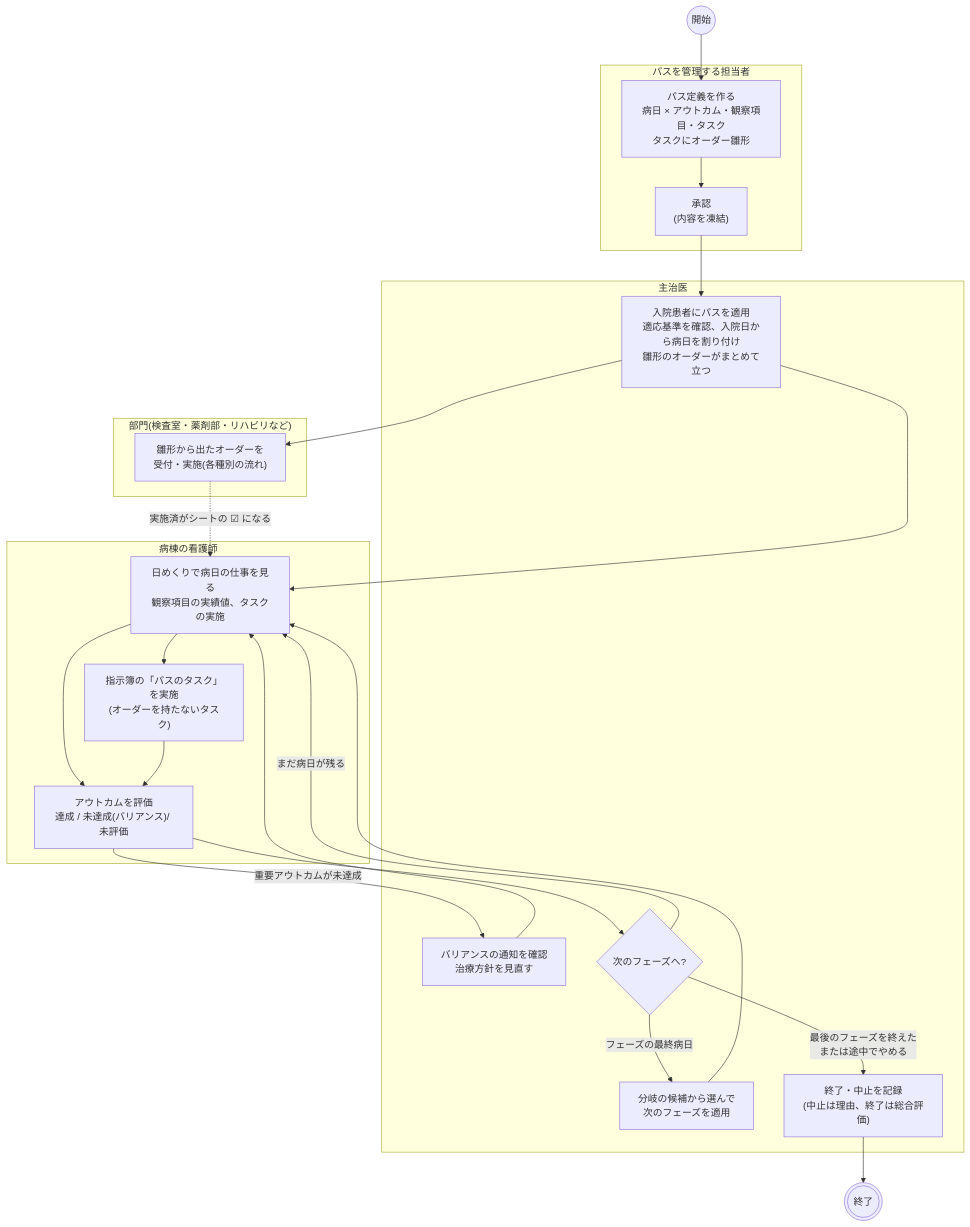
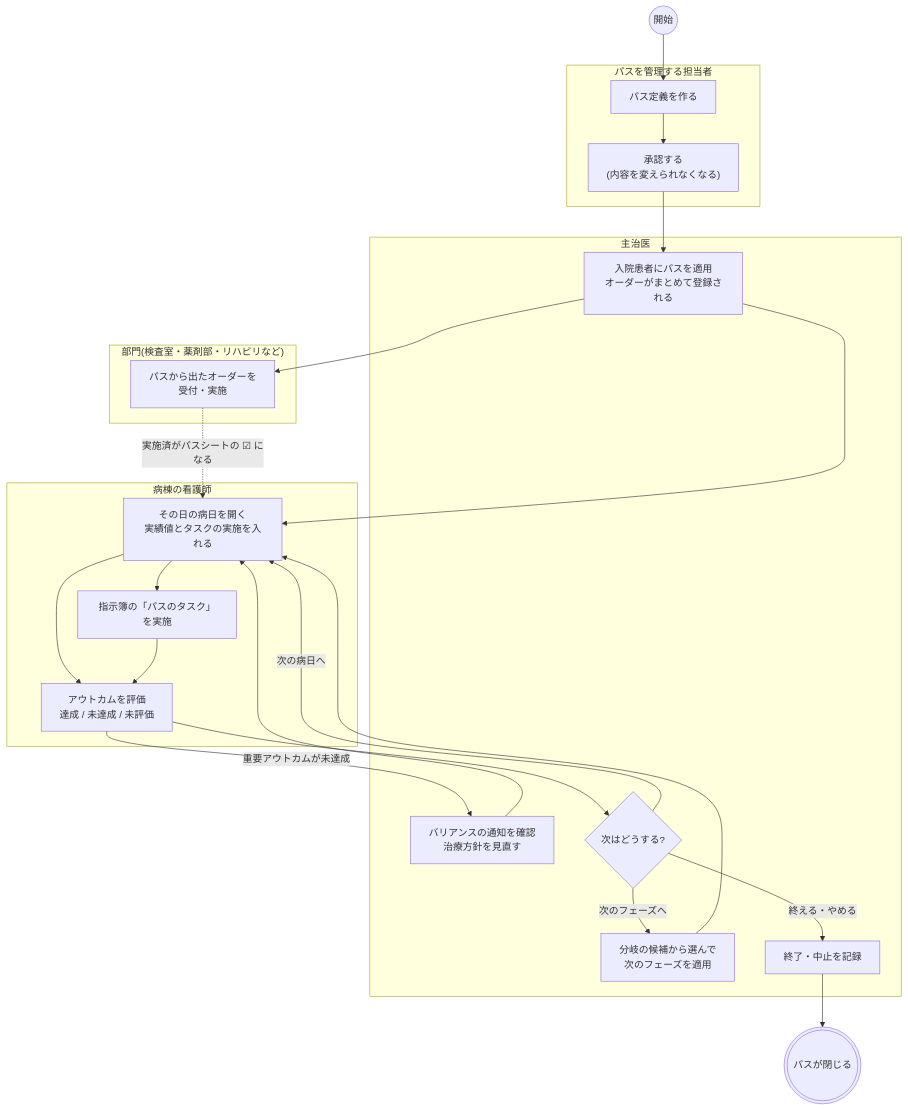
Before and after one commit to ysnr-dev/fhir-client-docs: the first of 7 diagrams in docs/flows/clinical-pathway.md, drawn with Mermaid. The commit also changed other lines of this file and 43 other files, not shown here.

Commit message:
docs: 業務フローとシーケンス図を写し直し

````diff
--- a/docs/flows/clinical-pathway.md
+++ b/docs/flows/clinical-pathway.md
@@ -55,38 +14,38 @@
 ```mermaid
 flowchart TD
   start(("開始"))
-  finish((("終了")))
+  finish((("パスが閉じる")))
 
   subgraph committee["パスを管理する担当者"]
-    draft["パス定義を作る<br/>病日 × アウトカム・観察項目・タスク<br/>タスクにオーダー雛形"]
-    approve["承認<br/>(内容を凍結)"]
+    draft["パス定義を作る"]
+    approve["承認する<br/>(内容を変えられなくなる)"]
   end
 
   subgraph doctor["主治医"]
-    apply["入院患者にパスを適用<br/>適応基準を確認、入院日から病日を割り付け<br/>雛形のオーダーがまとめて立つ"]
+    apply["入院患者にパスを適用<br/>オーダーがまとめて登録される"]
     variance["バリアンスの通知を確認<br/>治療方針を見直す"]
-    nextPhase{"次のフェーズへ?"}
+    nextPhase{"次はどうする?"}
     phase["分岐の候補から選んで<br/>次のフェーズを適用"]
-    close["終了・中止を記録<br/>(中止は理由、終了は総合評価)"]
+    close["終了・中止を記録"]
   end
 
   subgraph ward["病棟の看護師"]
-    daily["日めくりで病日の仕事を見る<br/>観察項目の実績値、タスクの実施"]
-    evaluate["アウトカムを評価<br/>達成 / 未達成(バリアンス)/ 未評価"]
-    tasks["指示簿の「パスのタスク」を実施<br/>(オーダーを持たないタスク)"]
+    daily["その日の病日を開く<br/>実績値とタスクの実施を入れる"]
+    tasks["指示簿の「パスのタスク」を実施"]
+    evaluate["アウトカムを評価<br/>達成 / 未達成 / 未評価"]
   end
 
   subgraph dept["部門(検査室・薬剤部・リハビリなど)"]
-    perform["雛形から出たオーダーを<br/>受付・実施(各種別の流れ)"]
+    perform["パスから出たオーダーを<br/>受付・実施"]
   end
 
   start --> draft --> approve --> apply
   apply --> daily --> evaluate
-  apply --> perform -. "実施済がシートの ☑ になる" .-> daily
+  apply --> perform -. "実施済がパスシートの ☑ になる" .-> daily
   daily --> tasks --> evaluate
   evaluate -- "重要アウトカムが未達成" --> variance --> daily
   evaluate --> nextPhase
-  nextPhase -- "まだ病日が残る" --> daily
-  nextPhase -- "フェーズの最終病日" --> phase --> daily
-  nextPhase -- "最後のフェーズを終えた<br/>または途中でやめる" --> close --> finish
+  nextPhase -- "次の病日へ" --> daily
+  nextPhase -- "次のフェーズへ" --> phase --> daily
+  nextPhase -- "終える・やめる" --> close --> finish
 ```
````
